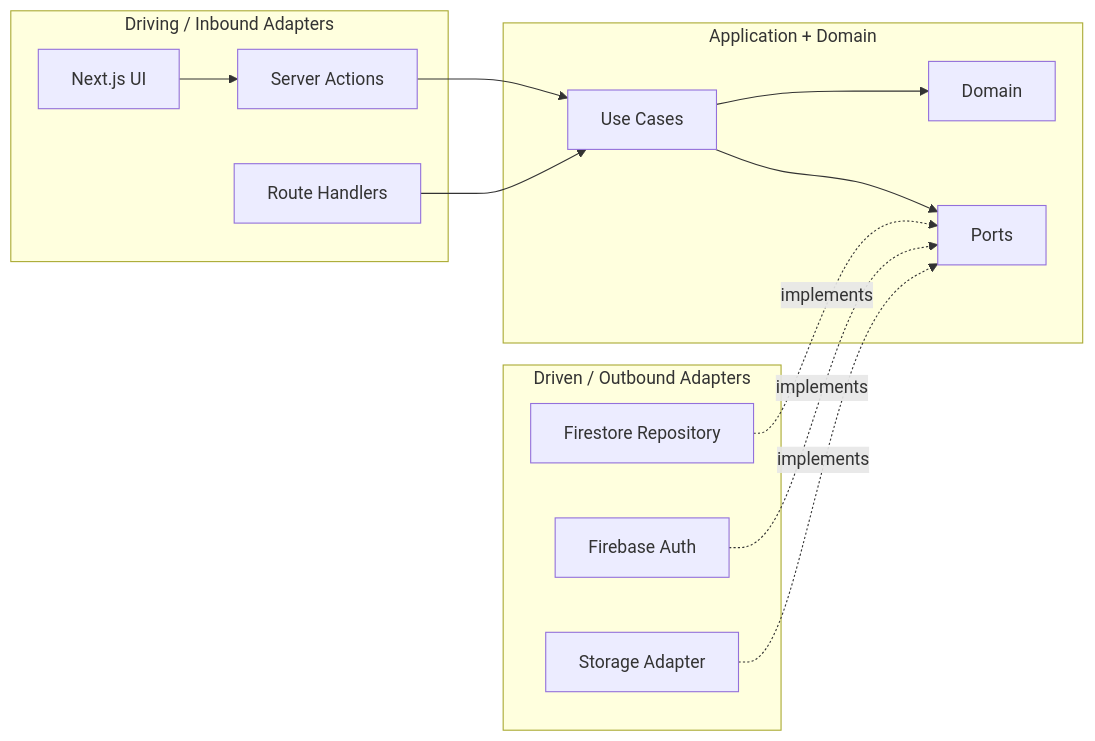
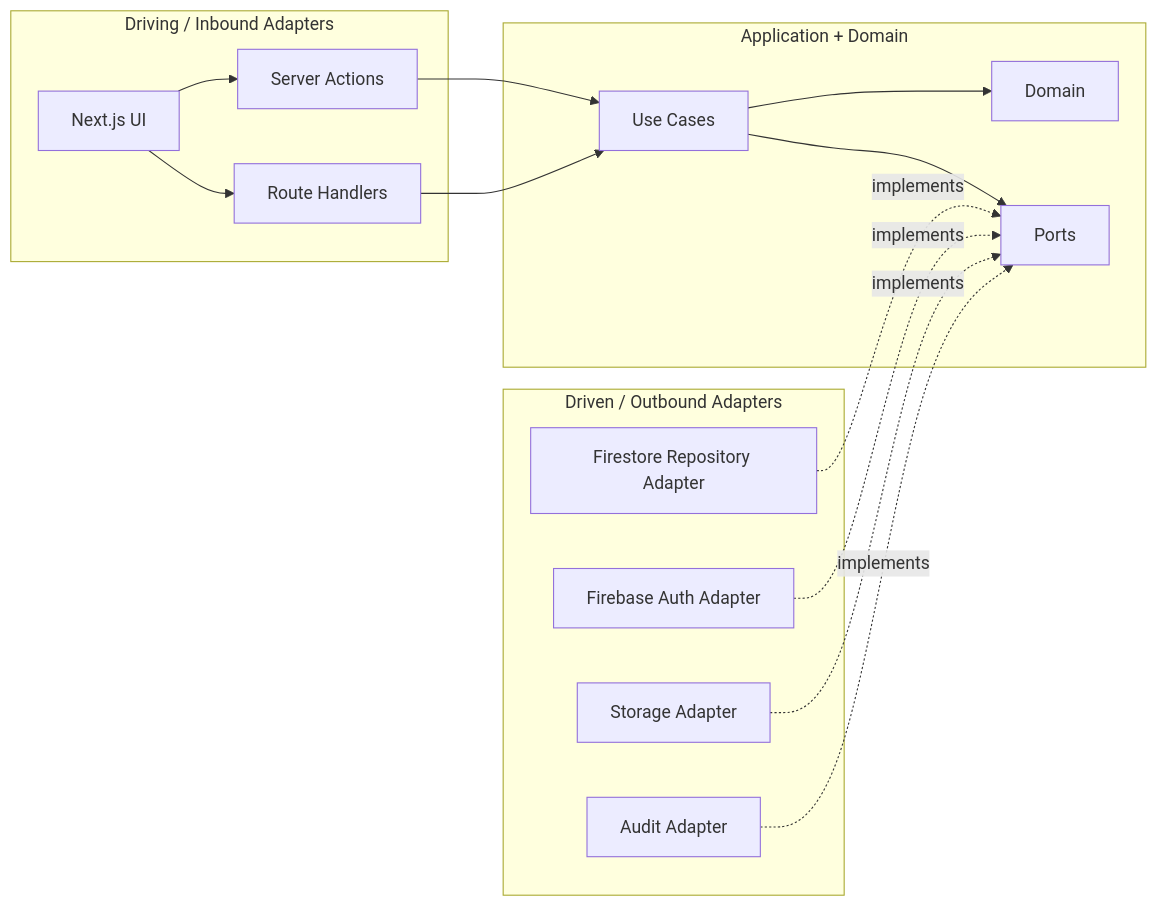
The diagram in docs/01-architecture/hexagonal-architecture.md (369sup/worksync-hr), drawn with Mermaid before and after one commit. The commit also changed other lines of this file and 39 other files, not shown here.

Commit message:
docs: strengthen architecture and process docs

````diff
--- a/docs/01-architecture/hexagonal-architecture.md
+++ b/docs/01-architecture/hexagonal-architecture.md
@@ -7,29 +7,32 @@
 ```mermaid
 flowchart LR
   subgraph Driving[Driving / Inbound Adapters]
     UI[Next.js UI]
     SA[Server Actions]
     RH[Route Handlers]
   end
 
   subgraph Core[Application + Domain]
     UC[Use Cases]
     DOM[Domain]
     PORTS[Ports]
   end
 
   subgraph Driven[Driven / Outbound Adapters]
-    FS[Firestore Repository]
-    AUTH[Firebase Auth]
-    STORAGE[Storage Adapter]
+    REP[Firestore Repository Adapter]
+    AUTH[Firebase Auth Adapter]
+    ST[Storage Adapter]
+    AUD[Audit Adapter]
   end
 
   UI --> SA
+  UI --> RH
   SA --> UC
   RH --> UC
   UC --> DOM
   UC --> PORTS
-  FS -. implements .-> PORTS
+  REP -. implements .-> PORTS
   AUTH -. implements .-> PORTS
-  STORAGE -. implements .-> PORTS
+  ST -. implements .-> PORTS
+  AUD -. implements .-> PORTS
 ```
````
